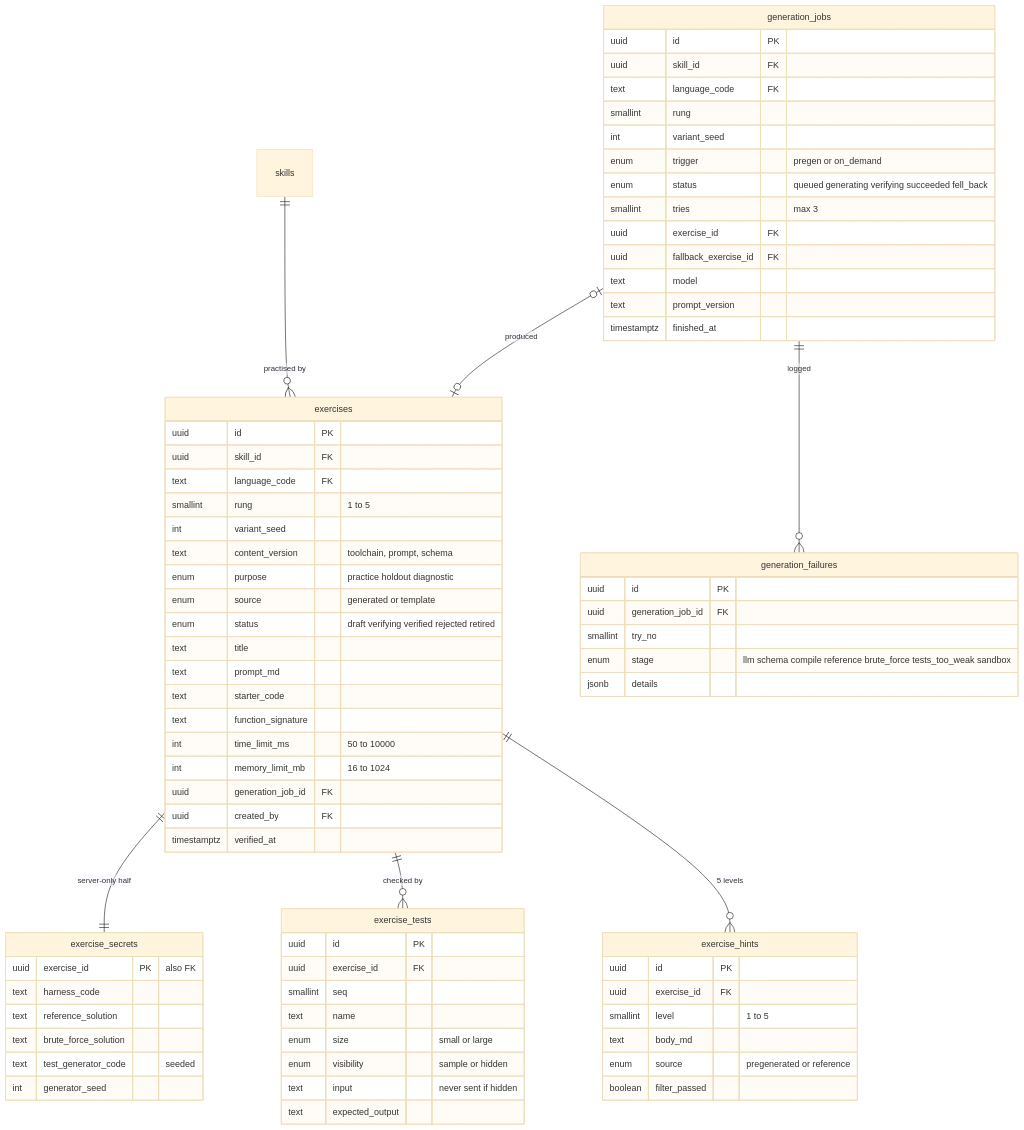
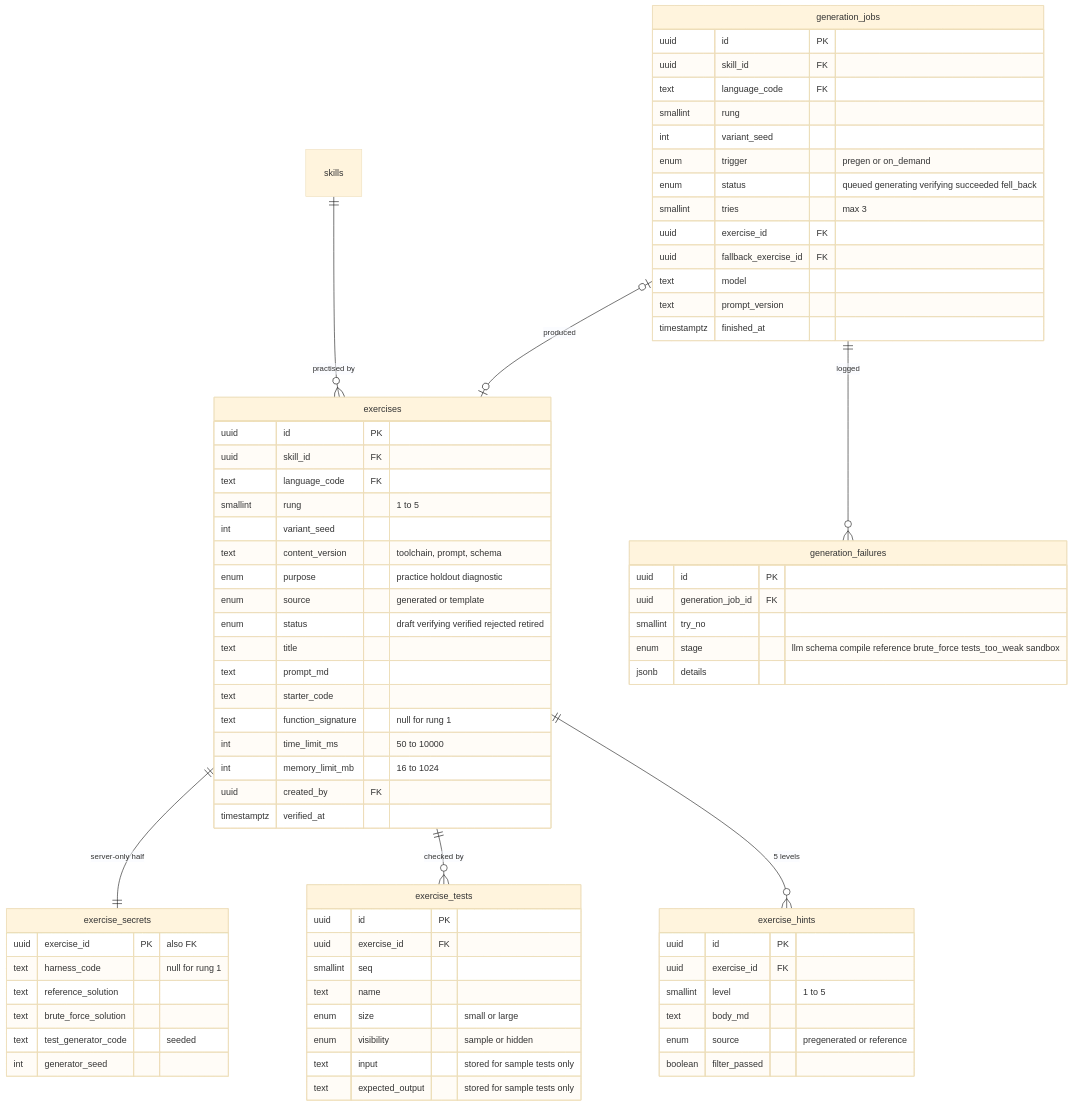
Before and after one commit to Nidanos/ai-tutor-platform: diagram 11 of 32 in DOCS/phase-2/MP3-System-Design.md, drawn with Mermaid (base theme). The commit also changed other lines of this file, not shown here.

Commit message:
docs: sync Phase 2 design with built schema and auth contract

````diff
--- a/DOCS/phase-2/MP3-System-Design.md
+++ b/DOCS/phase-2/MP3-System-Design.md
@@ -678,77 +679,76 @@
 ```mermaid
 erDiagram
   skills ||--o{ exercises : "practised by"
   exercises ||--|| exercise_secrets : "server-only half"
   exercises ||--o{ exercise_tests : "checked by"
   exercises ||--o{ exercise_hints : "5 levels"
   generation_jobs |o--o| exercises : "produced"
   generation_jobs ||--o{ generation_failures : "logged"
   exercises {
     uuid id PK
     uuid skill_id FK
     text language_code FK
     smallint rung "1 to 5"
     int variant_seed
     text content_version "toolchain, prompt, schema"
     enum purpose "practice holdout diagnostic"
     enum source "generated or template"
     enum status "draft verifying verified rejected retired"
     text title
     text prompt_md
     text starter_code
-    text function_signature
+    text function_signature "null for rung 1"
     int time_limit_ms "50 to 10000"
     int memory_limit_mb "16 to 1024"
-    uuid generation_job_id FK
     uuid created_by FK
     timestamptz verified_at
   }
   exercise_secrets {
     uuid exercise_id PK "also FK"
-    text harness_code
+    text harness_code "null for rung 1"
     text reference_solution
     text brute_force_solution
     text test_generator_code "seeded"
     int generator_seed
   }
   exercise_tests {
     uuid id PK
     uuid exercise_id FK
     smallint seq
     text name
     enum size "small or large"
     enum visibility "sample or hidden"
-    text input "never sent if hidden"
-    text expected_output
+    text input "stored for sample tests only"
+    text expected_output "stored for sample tests only"
   }
   exercise_hints {
     uuid id PK
     uuid exercise_id FK
     smallint level "1 to 5"
     text body_md
     enum source "pregenerated or reference"
     boolean filter_passed
   }
   generation_jobs {
     uuid id PK
     uuid skill_id FK
     text language_code FK
     smallint rung
     int variant_seed
     enum trigger "pregen or on_demand"
     enum status "queued generating verifying succeeded fell_back"
     smallint tries "max 3"
     uuid exercise_id FK
     uuid fallback_exercise_id FK
     text model
     text prompt_version
     timestamptz finished_at
   }
   generation_failures {
     uuid id PK
     uuid generation_job_id FK
     smallint try_no
     enum stage "llm schema compile reference brute_force tests_too_weak sandbox"
     jsonb details
   }
 ```
````
